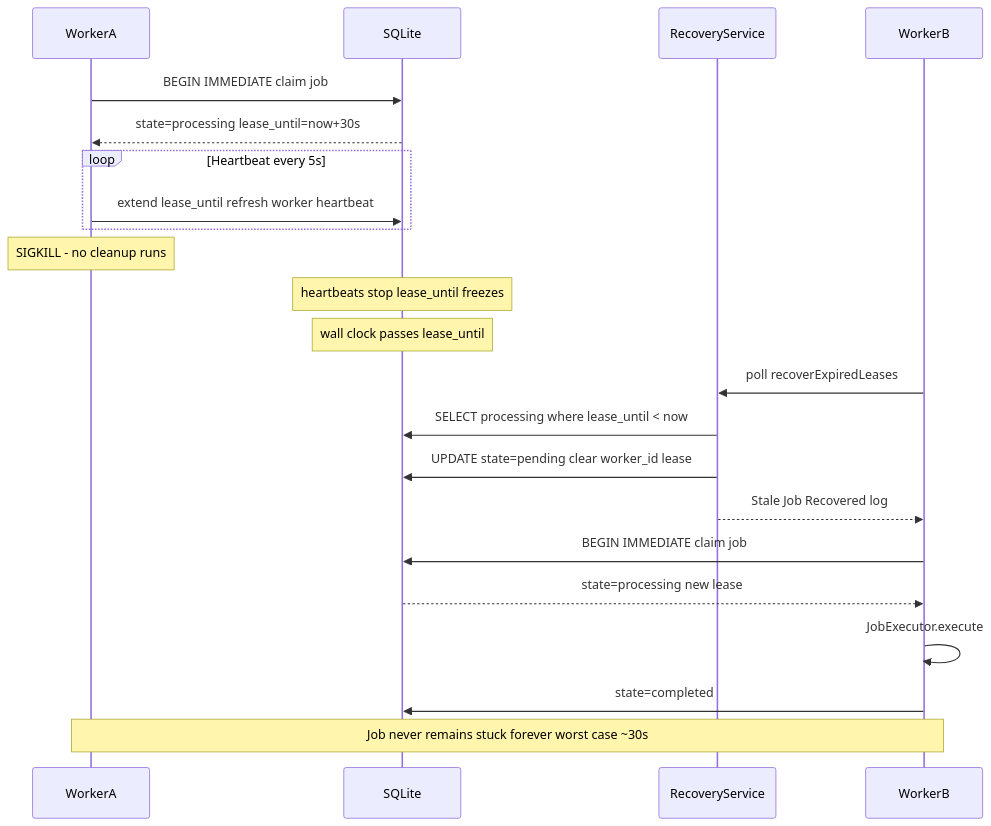
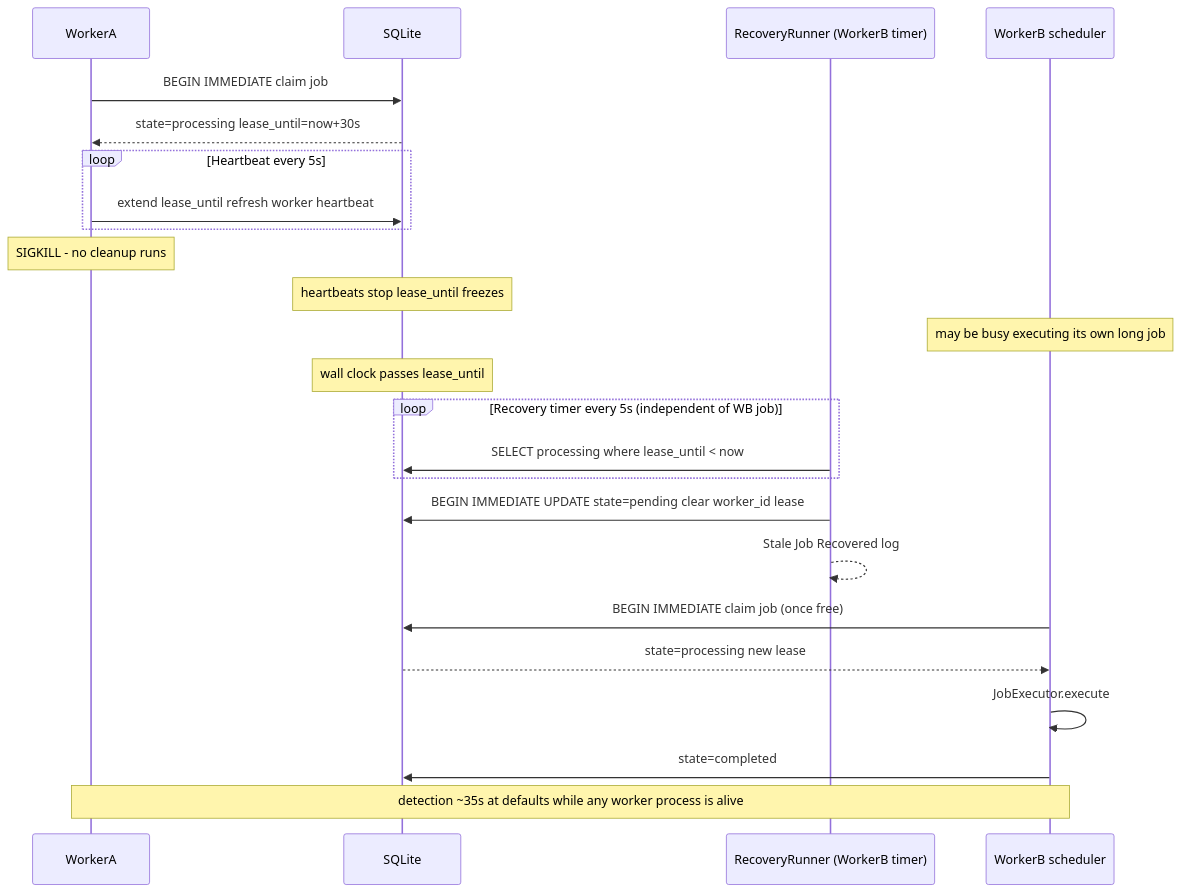
One commit to tejash05/queuectl changed the fifth of 10 diagrams in docs/architecture.md. Above: the diagram before and after it, drawn with Mermaid. The commit also changed other lines of this file and 25 other files, not shown here.

````diff
--- a/docs/architecture.md
+++ b/docs/architecture.md
@@ -162,25 +172,27 @@
 ```mermaid
 sequenceDiagram
   participant WA as WorkerA
   participant DB as SQLite
-  participant RS as RecoveryService
-  participant WB as WorkerB
+  participant RR as RecoveryRunner (WorkerB timer)
+  participant WB as WorkerB scheduler
 
   WA->>DB: BEGIN IMMEDIATE claim job
   DB-->>WA: state=processing lease_until=now+30s
   loop Heartbeat every 5s
     WA->>DB: extend lease_until refresh worker heartbeat
   end
   Note over WA: SIGKILL - no cleanup runs
   Note over DB: heartbeats stop lease_until freezes
+  Note over WB: may be busy executing its own long job
   Note over DB: wall clock passes lease_until
-  WB->>RS: poll recoverExpiredLeases
-  RS->>DB: SELECT processing where lease_until < now
-  RS->>DB: UPDATE state=pending clear worker_id lease
-  RS-->>WB: Stale Job Recovered log
-  WB->>DB: BEGIN IMMEDIATE claim job
+  loop Recovery timer every 5s (independent of WB job)
+    RR->>DB: SELECT processing where lease_until < now
+  end
+  RR->>DB: BEGIN IMMEDIATE UPDATE state=pending clear worker_id lease
+  RR-->>RR: Stale Job Recovered log
+  WB->>DB: BEGIN IMMEDIATE claim job (once free)
   DB-->>WB: state=processing new lease
   WB->>WB: JobExecutor.execute
   WB->>DB: state=completed
-  Note over WA,WB: Job never remains stuck forever worst case ~30s
+  Note over WA,WB: detection ~35s at defaults while any worker process is alive
 ```
````
